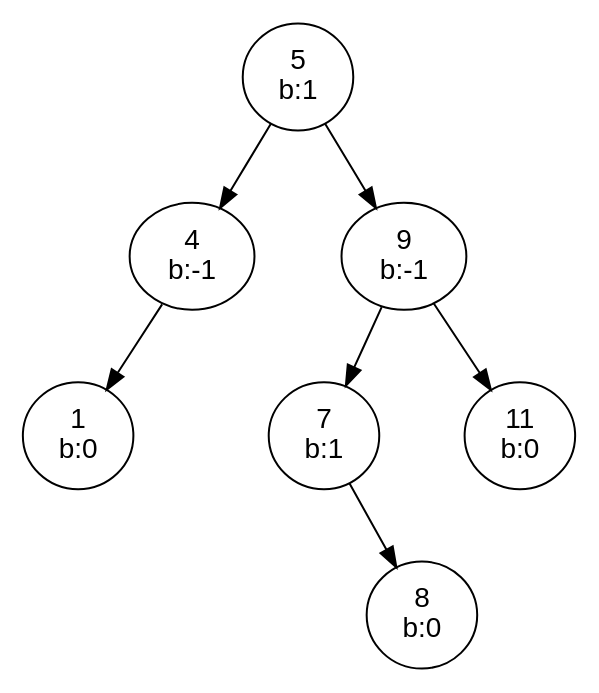
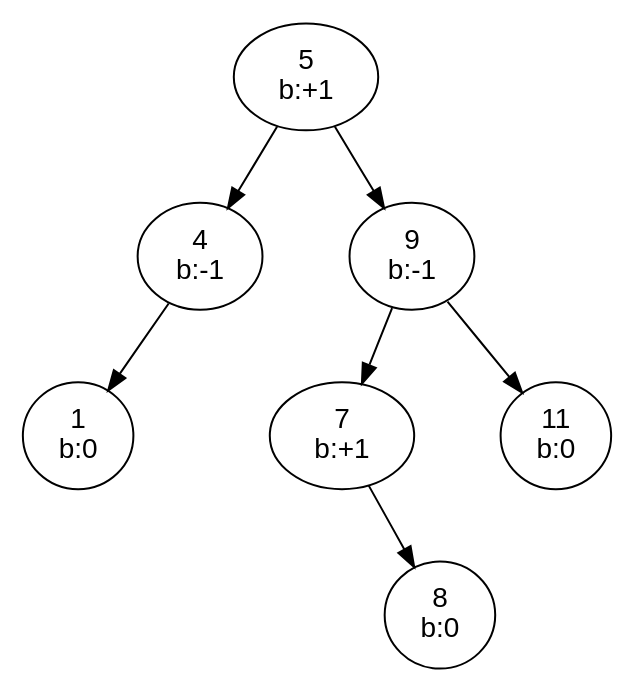
Before and after one commit to aaronbloomfield/pdr: the diagram in slides/graphs/avl-tree-2.dot, drawn with Graphviz. The commit also changed 26 other files, not shown here.

```diff
--- a/slides/graphs/avl-tree-2.dot
+++ b/slides/graphs/avl-tree-2.dot
@@ -1,39 +1,39 @@
 digraph G {
 	graph [fontname = "Helvetica"];
 	node [fontname = "Helvetica"];
 	edge [fontname = "Helvetica"];
 
-	5 [label="5\nb:1"];
+	5 [label="5\nb:+1"];
 	4 [label="4\nb:-1"];
 	1 [label="1\nb:0"];
-	7 [label="7\nb:1"];
+	7 [label="7\nb:+1"];
 	8 [label="8\nb:0"];
 	9 [label="9\nb:-1"];
 	11 [label="11\nb:0"];
 
 	5 -> 4;
 	m5 [label="", width=0.1, style=invis];
 	5 -> m5 [style=invis];
 	5 -> 9;
 	{rank=same 4 -> m5 -> 9 [style=invis]};
 	
 	4 -> 1;
 	l4 [label="", width=0.1, style=invis];
 	4 -> l4 [style=invis];
 	r4 [label="", width=0.1, style=invis];
 	4 -> r4 [style=invis];
 	{rank=same 1 -> l4 -> r4 [style=invis]};
 
 	9 -> 7;
 	m9 [label="", width=0.1, style=invis];
 	9 -> m9 [style=invis];
 	9 -> 11;
 	{rank=same 7 -> m9 -> 11 [style=invis]};
 
 	l7 [label="", width=0.1, style=invis];
 	7 -> l7 [style=invis];
 	m7 [label="", width=0.1, style=invis];
 	7 -> m7 [style=invis];
 	7 -> 8;
 	{rank=same l7 -> m7 -> 8 [style=invis]};
 }
```
